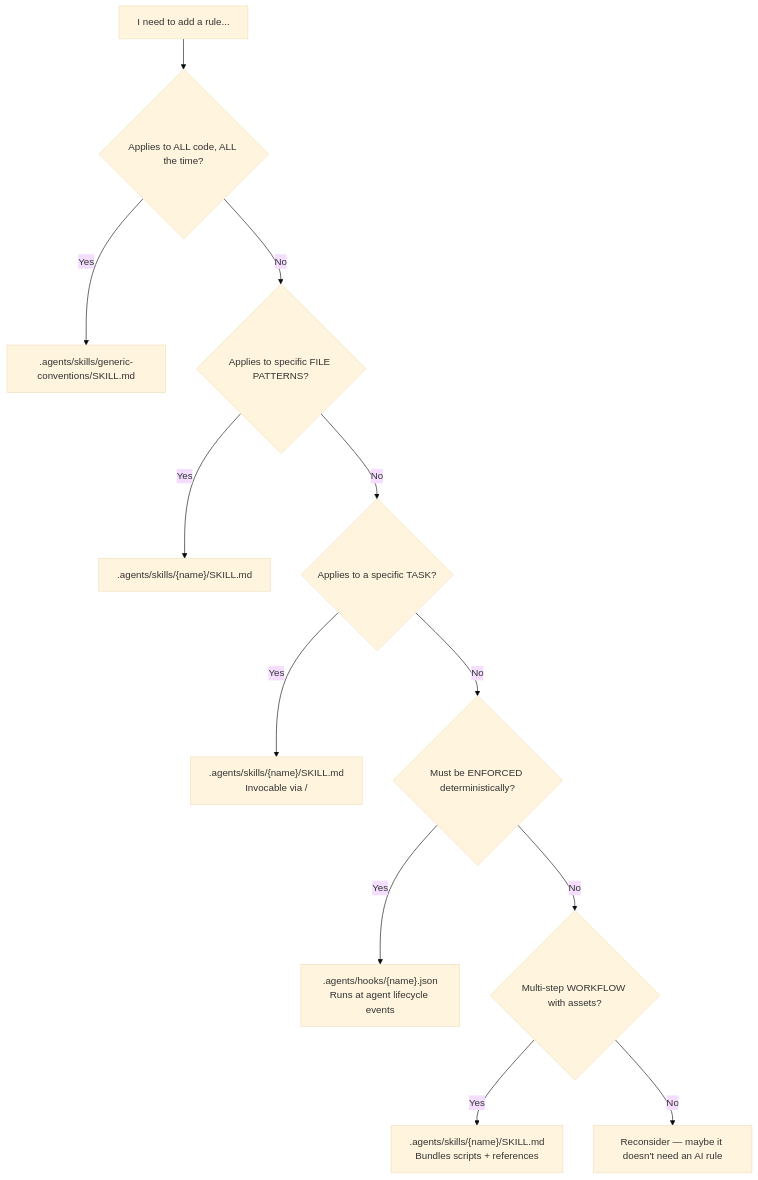
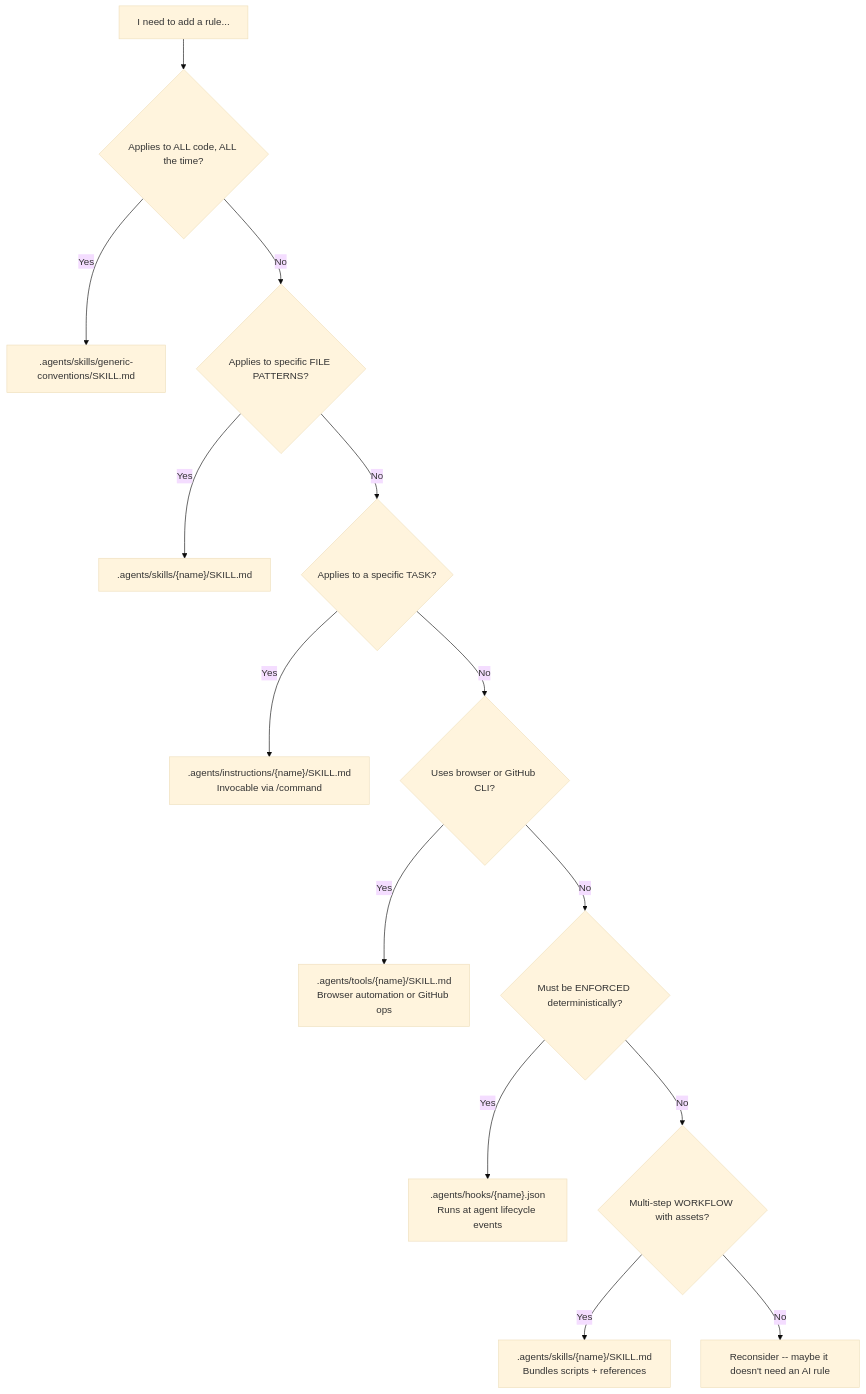
The diagram in USAGE.md (jtmb/ingenium), drawn with Mermaid (base theme) before and after one commit. The commit also changed other lines of this file and 63 other files, not shown here.

First line of the commit message:
refactor: split .agents/skills/ into skills/, instructions/, and tools/

````diff
--- a/USAGE.md
+++ b/USAGE.md
@@ -24,14 +24,16 @@
 ```mermaid
 graph TD
     START[I need to add a rule...] --> Q1{Applies to ALL code, ALL the time?}
     Q1 -->|Yes| GENERIC[".agents/skills/generic-conventions/SKILL.md"]
     Q1 -->|No| Q2{Applies to specific FILE PATTERNS?}
     Q2 -->|Yes| SKILL[".agents/skills/{name}/SKILL.md"]
     Q2 -->|No| Q3{Applies to a specific TASK?}
-    Q3 -->|Yes| TASKSKILL[".agents/skills/{name}/SKILL.md\nInvocable via /"]
-    Q3 -->|No| Q4{Must be ENFORCED deterministically?}
-    Q4 -->|Yes| HOOK[".agents/hooks/{name}.json\nRuns at agent lifecycle events"]
-    Q4 -->|No| Q5{Multi-step WORKFLOW with assets?}
-    Q5 -->|Yes| COMPLEXSKILL[".agents/skills/{name}/SKILL.md\nBundles scripts + references"]
-    Q5 -->|No| RECONSIDER[Reconsider — maybe it doesn't need an AI rule]
+    Q3 -->|Yes| TASKSKILL[".agents/instructions/{name}/SKILL.md\nInvocable via /command"]
+    Q3 -->|No| Q4{Uses browser or GitHub CLI?}
+    Q4 -->|Yes| TOOL[".agents/tools/{name}/SKILL.md\nBrowser automation or GitHub ops"]
+    Q4 -->|No| Q5{Must be ENFORCED deterministically?}
+    Q5 -->|Yes| HOOK[".agents/hooks/{name}.json\nRuns at agent lifecycle events"]
+    Q5 -->|No| Q6{Multi-step WORKFLOW with assets?}
+    Q6 -->|Yes| COMPLEXSKILL[".agents/skills/{name}/SKILL.md\nBundles scripts + references"]
+    Q6 -->|No| RECONSIDER[Reconsider -- maybe it doesn't need an AI rule]
 ```
````
